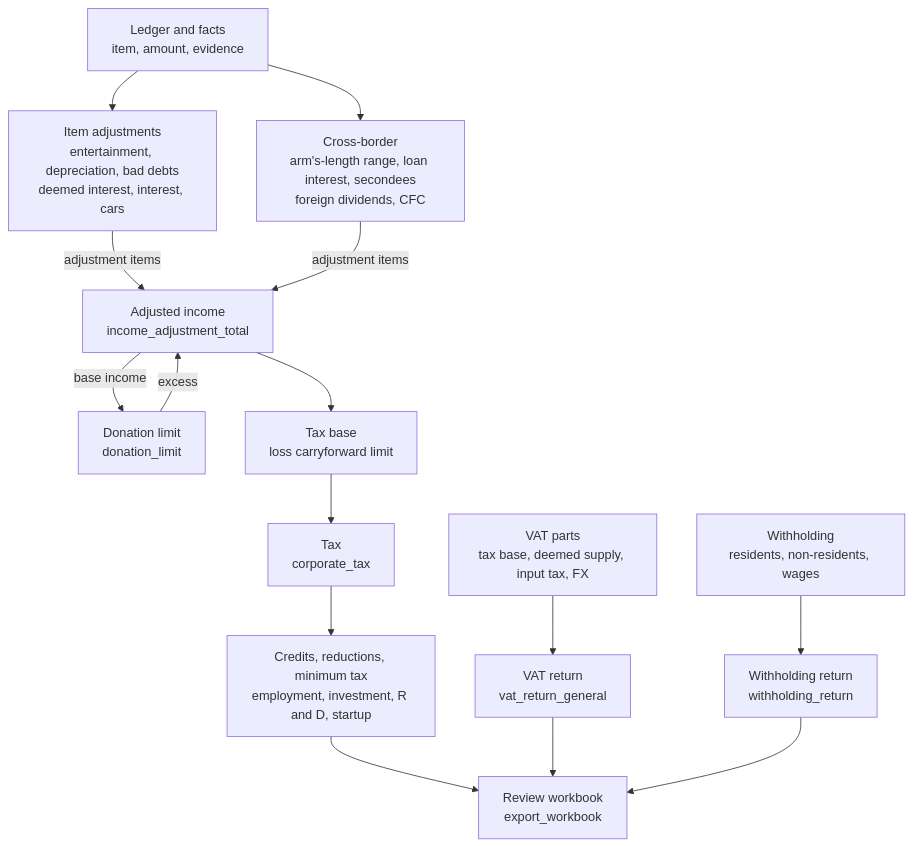
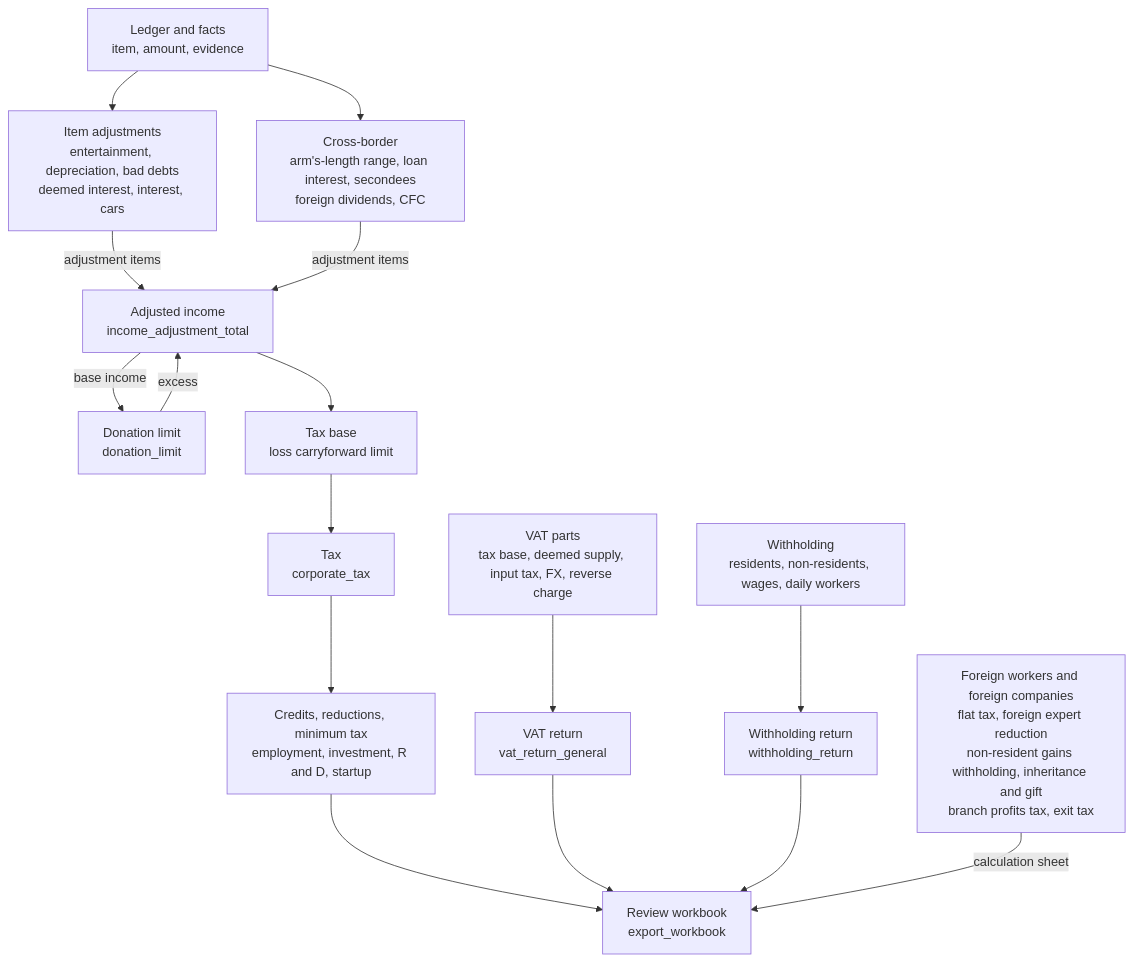
The second of 3 diagrams in README-EN.md (UpstageAI/korean-tax-calc-mcp), drawn with Mermaid before and after one commit. The commit also changed other lines of this file and 7 other files, not shown here.

First line of the commit message:
docs: 0.53.1 — README·다이어그램 정리, PyPI 설명 도구 수 정정, project_urls

````diff
--- a/README-EN.md
+++ b/README-EN.md
@@ -42,15 +115,16 @@
 ```mermaid
 flowchart TD
   L["Ledger and facts<br/>item, amount, evidence"] --> A["Item adjustments<br/>entertainment, depreciation, bad debts<br/>deemed interest, interest, cars"]
   L --> I["Cross-border<br/>arm's-length range, loan interest, secondees<br/>foreign dividends, CFC"]
   A -->|adjustment items| T["Adjusted income<br/>income_adjustment_total"]
   I -->|adjustment items| T
   T -->|base income| D["Donation limit<br/>donation_limit"]
   D -->|excess| T
   T --> B["Tax base<br/>loss carryforward limit"]
   B --> C["Tax<br/>corporate_tax"]
   C --> G["Credits, reductions, minimum tax<br/>employment, investment, R and D, startup"]
   G --> X["Review workbook<br/>export_workbook"]
-  V1["VAT parts<br/>tax base, deemed supply, input tax, FX"] --> V2["VAT return<br/>vat_return_general"] --> X
-  W1["Withholding<br/>residents, non-residents, wages"] --> W2["Withholding return<br/>withholding_return"] --> X
+  V1["VAT parts<br/>tax base, deemed supply, input tax, FX, reverse charge"] --> V2["VAT return<br/>vat_return_general"] --> X
+  W1["Withholding<br/>residents, non-residents, wages, daily workers"] --> W2["Withholding return<br/>withholding_return"] --> X
+  P["Foreign workers and foreign companies<br/>flat tax, foreign expert reduction<br/>non-resident gains withholding, inheritance and gift<br/>branch profits tax, exit tax"] -->|calculation sheet| X
 ```
````
